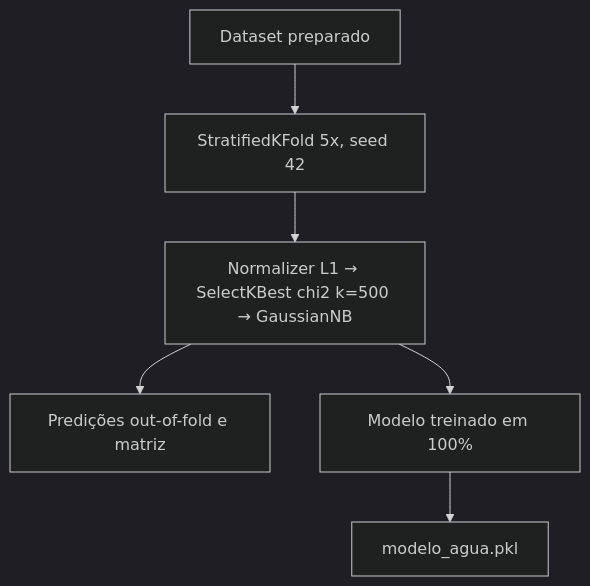
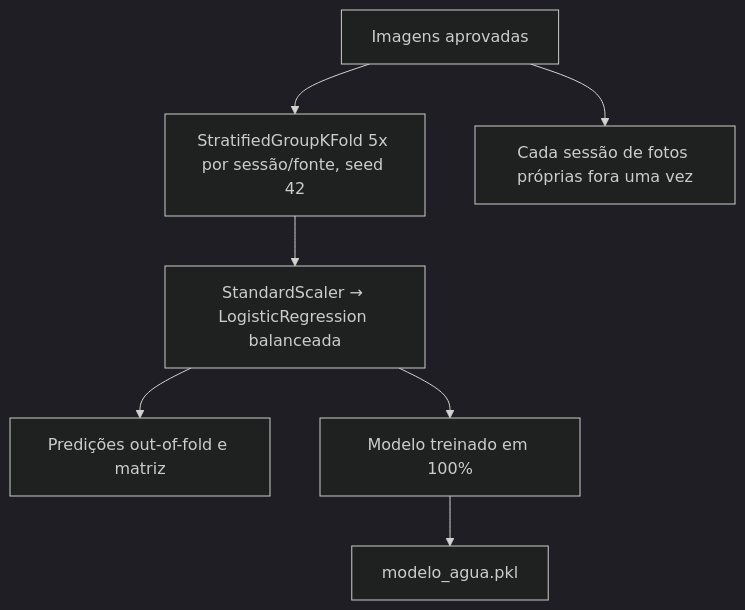
Before and after one commit to PedroArlyx/water-clarity-classifier: the third of 6 diagrams in docs/ARQUITETURA.md, drawn with Mermaid (dark theme). The commit also changed other lines of this file and 25 other files, not shown here.

````diff
--- a/docs/ARQUITETURA.md
+++ b/docs/ARQUITETURA.md
@@ -35,8 +33,9 @@
 ```mermaid
 flowchart TD
-    X[Dataset preparado] --> CV[StratifiedKFold 5x, seed 42]
-    CV --> P[Normalizer L1 → SelectKBest chi2 k=500 → GaussianNB]
+    X[Imagens aprovadas] --> CV[StratifiedGroupKFold 5x por sessão/fonte, seed 42]
+    CV --> P[StandardScaler → LogisticRegression balanceada]
+    X --> LOSO[Cada sessão de fotos próprias fora uma vez]
     P --> OOF[Predições out-of-fold e matriz]
     P --> FINAL[Modelo treinado em 100%]
     FINAL --> ART[modelo_agua.pkl]
 ```
````
